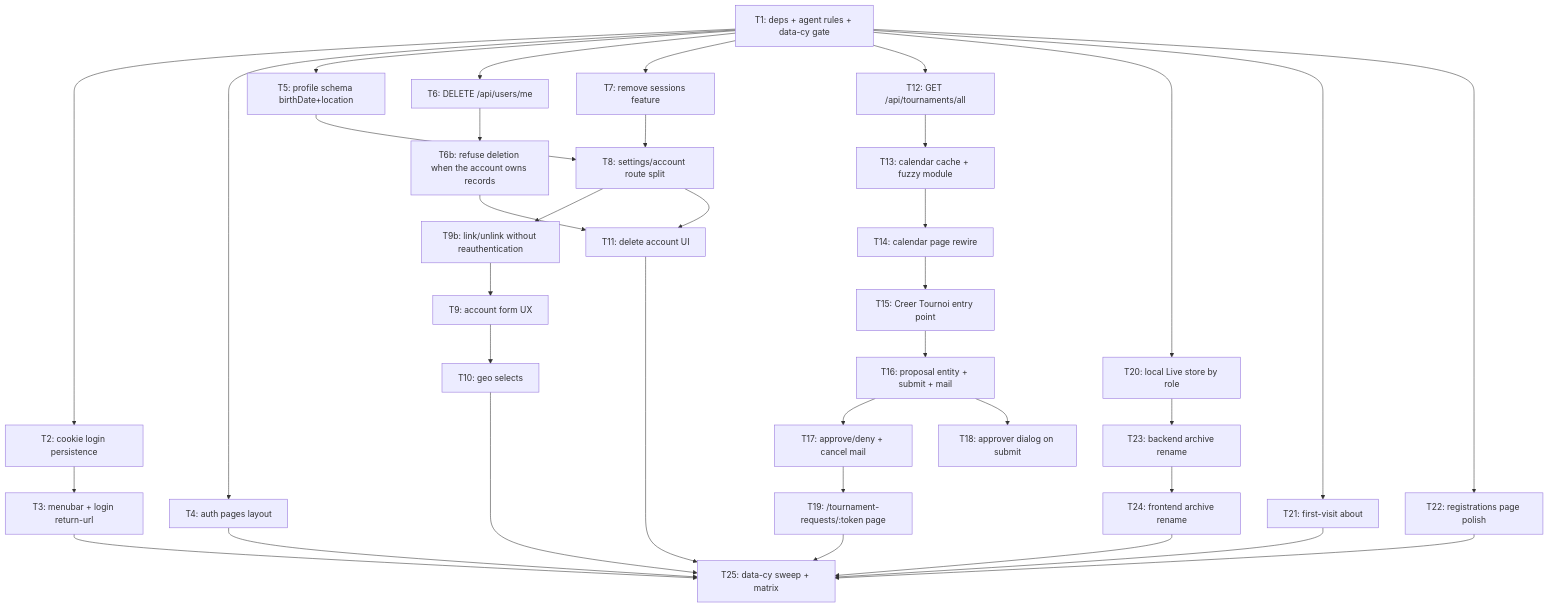
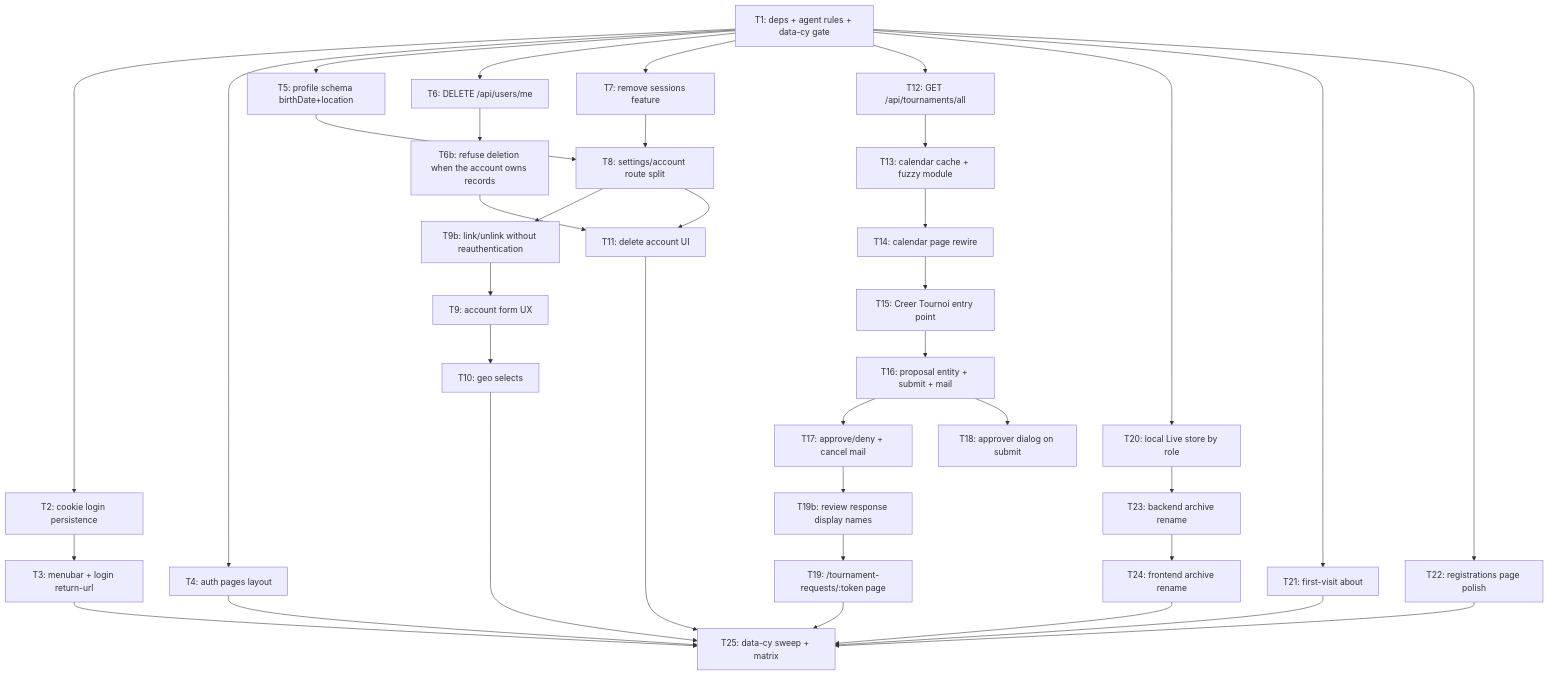
The diagram in ai-artifacts/PLAN_2026_08_08_feedback-calendar-v1.md (AronGomu/gones), drawn with Mermaid before and after one commit. The commit also changed other lines of this file and 2 other files, not shown here.

First line of the commit message:
chore(plan): add T19b to name the organization and formats on the review response

````diff
--- a/ai-artifacts/PLAN_2026_08_08_feedback-calendar-v1.md
+++ b/ai-artifacts/PLAN_2026_08_08_feedback-calendar-v1.md
@@ -72,38 +72,39 @@
 ```mermaid
 flowchart TD
   T1[T1: deps + agent rules + data-cy gate] --> T2[T2: cookie login persistence]
   T1 --> T4[T4: auth pages layout]
   T2 --> T3[T3: menubar + login return-url]
   T1 --> T5[T5: profile schema birthDate+location]
   T1 --> T6[T6: DELETE /api/users/me]
   T6 --> T6b[T6b: refuse deletion when the account owns records]
   T1 --> T7[T7: remove sessions feature]
   T5 --> T8[T8: settings/account route split]
   T7 --> T8
   T8 --> T9b[T9b: link/unlink without reauthentication]
   T9b --> T9[T9: account form UX]
   T9 --> T10[T10: geo selects]
   T6b --> T11[T11: delete account UI]
   T8 --> T11
   T1 --> T12[T12: GET /api/tournaments/all]
   T12 --> T13[T13: calendar cache + fuzzy module]
   T13 --> T14[T14: calendar page rewire]
   T14 --> T15[T15: Creer Tournoi entry point]
   T15 --> T16[T16: proposal entity + submit + mail]
   T16 --> T17[T17: approve/deny + cancel mail]
   T16 --> T18[T18: approver dialog on submit]
-  T17 --> T19[T19: /tournament-requests/:token page]
+  T17 --> T19b[T19b: review response display names]
+  T19b --> T19[T19: /tournament-requests/:token page]
   T1 --> T20[T20: local Live store by role]
   T1 --> T21[T21: first-visit about]
   T1 --> T22[T22: registrations page polish]
   T20 --> T23[T23: backend archive rename]
   T23 --> T24[T24: frontend archive rename]
   T24 --> T25[T25: data-cy sweep + matrix]
   T10 --> T25
   T11 --> T25
   T19 --> T25
   T21 --> T25
   T22 --> T25
   T3 --> T25
   T4 --> T25
 ```
````
